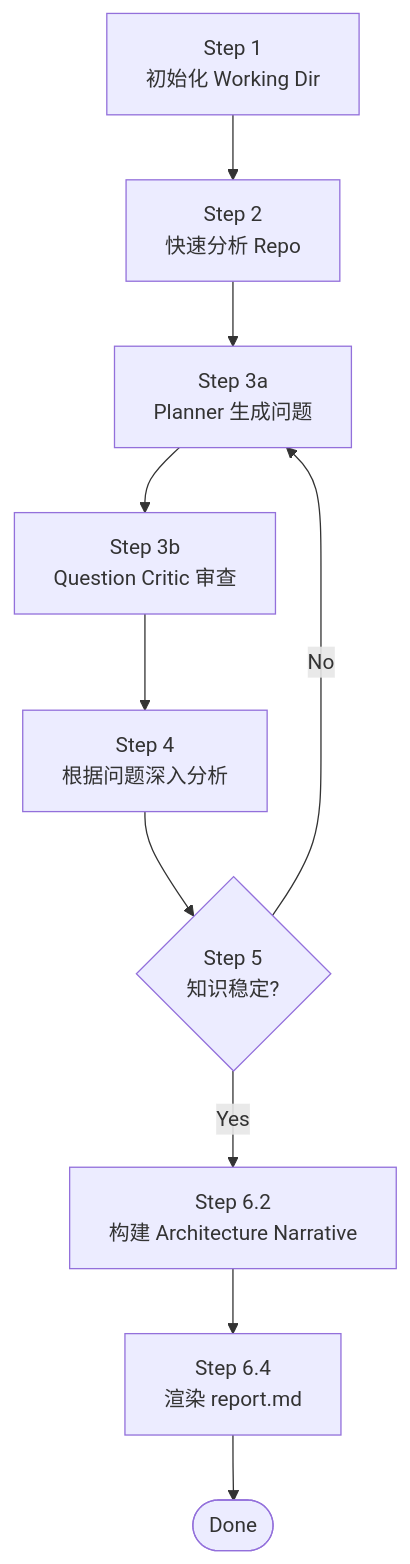
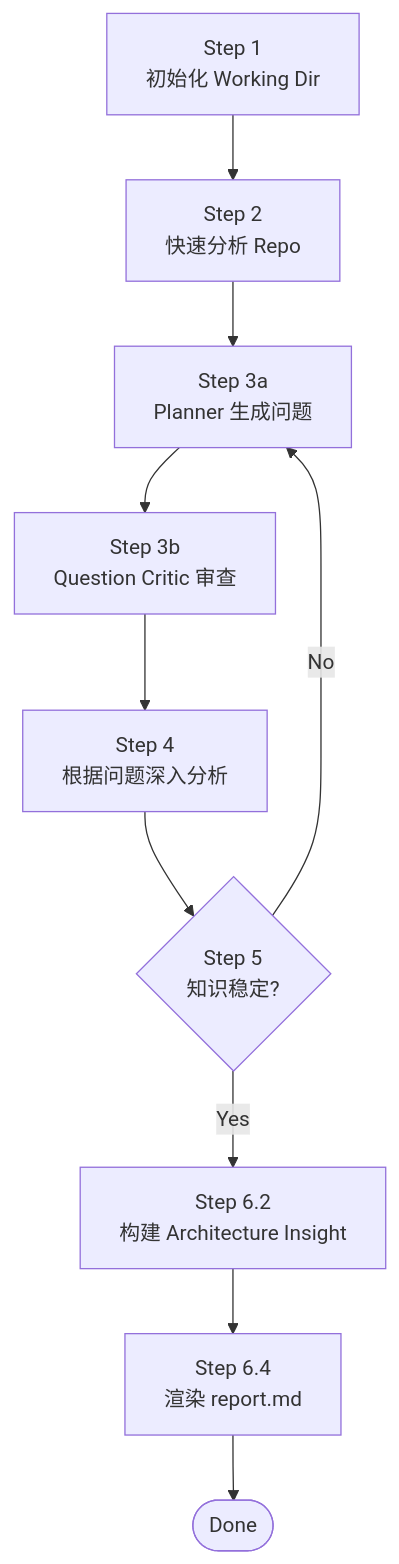
The first of 2 diagrams in .trae/skills/repo-arch-engineering/SKILL.md (devweekly/devweekly.github.io), drawn with Mermaid before and after one commit. The commit also changed other lines of this file and 7 other files, not shown here.

````diff
--- a/.trae/skills/repo-arch-engineering/SKILL.md
+++ b/.trae/skills/repo-arch-engineering/SKILL.md
@@ -23,12 +23,12 @@
 ```mermaid
 flowchart TD
     S1[Step 1<br/>初始化 Working Dir] --> S2[Step 2<br/>快速分析 Repo]
     S2 --> S3a[Step 3a<br/>Planner 生成问题]
     S3a --> S3b[Step 3b<br/>Question Critic 审查]
     S3b --> S4[Step 4<br/>根据问题深入分析]
     S4 --> S5{Step 5<br/>知识稳定?}
     S5 -->|No| S3a
-    S5 -->|Yes| S6a[Step 6.2<br/>构建 Architecture Narrative]
+    S5 -->|Yes| S6a[Step 6.2<br/>构建 Architecture Insight]
     S6a --> S6b[Step 6.4<br/>渲染 report.md]
     S6b --> Done([Done])
 ```
````
